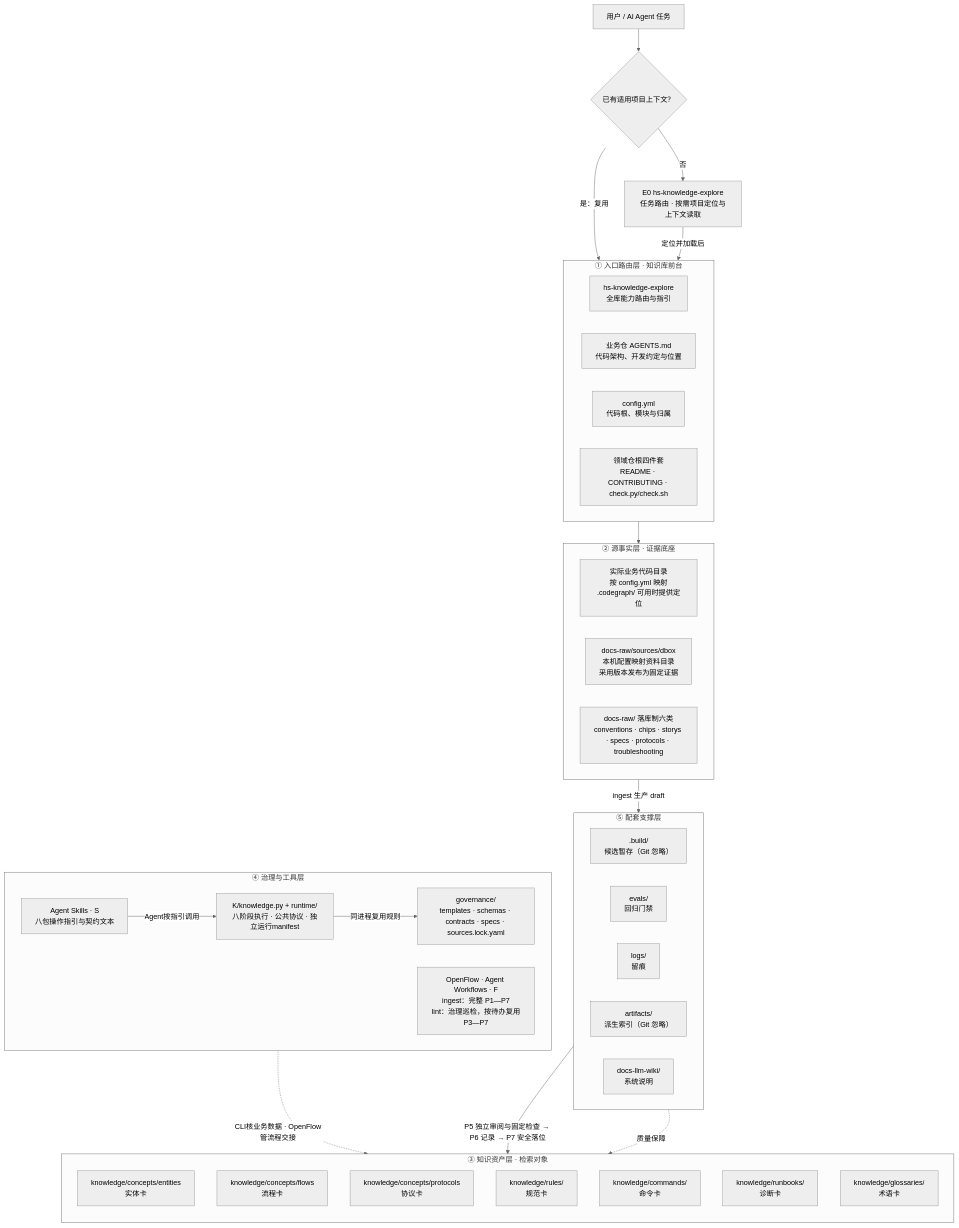
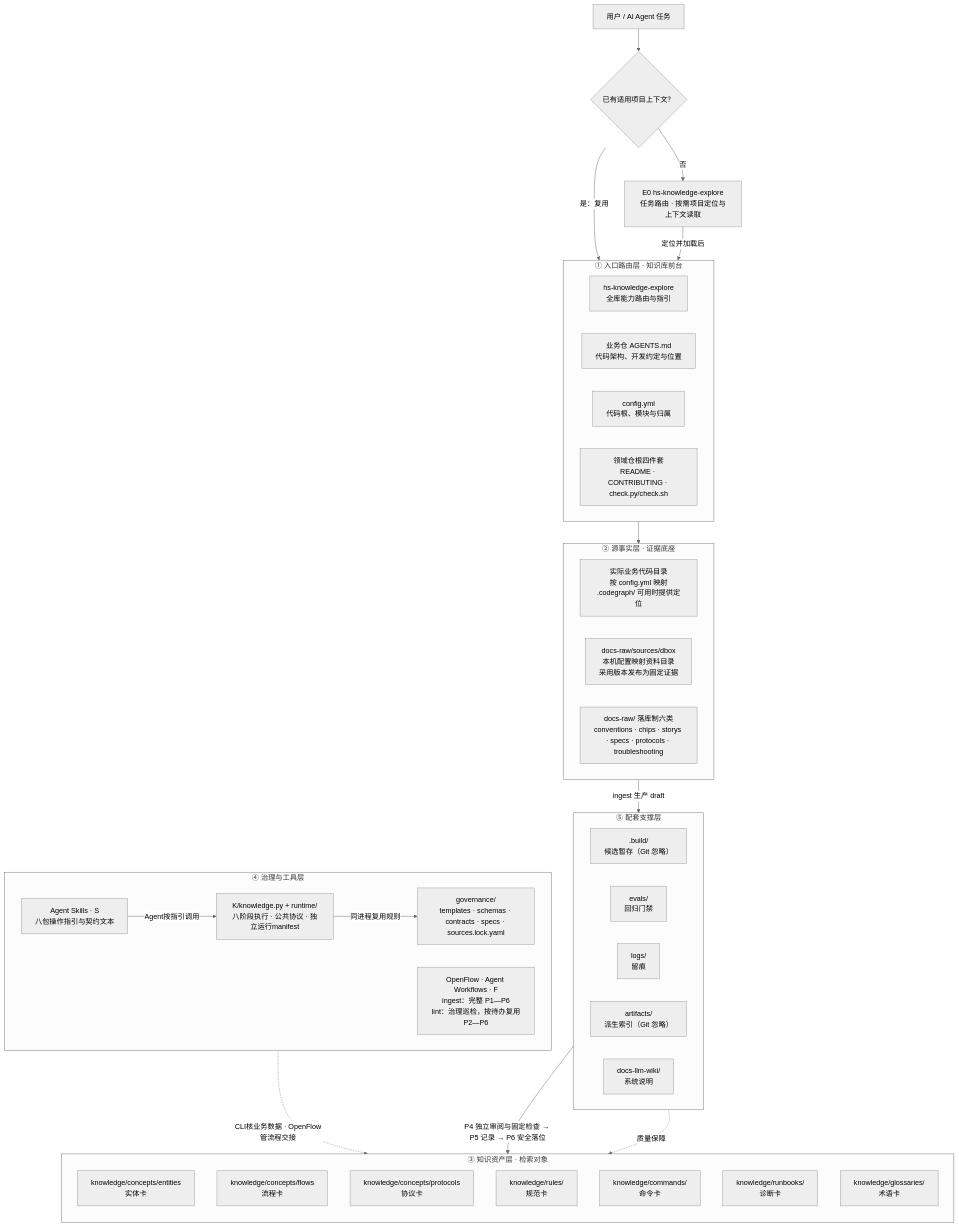
The second of 10 diagrams in himate/himate-knowledge-wifi-mp/docs-llm-wiki/HiMate知识库架构设计.md (Robin-hhc/FactumCore), drawn with Mermaid (neutral theme) before and after one commit. The commit also changed other lines of this file and 190 other files, not shown here.

````diff
--- a/himate/himate-knowledge-wifi-mp/docs-llm-wiki/HiMate知识库架构设计.md
+++ b/himate/himate-knowledge-wifi-mp/docs-llm-wiki/HiMate知识库架构设计.md
@@ -204,61 +211,61 @@
 ```mermaid
 flowchart TB
     U["用户 / AI Agent 任务"]
     C0{"已有适用项目上下文？"}
     E0["E0 hs-knowledge-explore<br />任务路由 · 按需项目定位与上下文读取"]
 
     subgraph S1["① 入口路由层 · 知识库前台"]
         direction LR
         A1["hs-knowledge-explore<br />全库能力路由与指引"]
         A2["业务仓 AGENTS.md<br />代码架构、开发约定与位置"]
         A3["config.yml<br />代码根、模块与归属"]
         A4["领域仓根四件套<br />README · CONTRIBUTING · check.py/check.sh"]
     end
 
     subgraph S2["② 源事实层 · 证据底座"]
         direction LR
         B1["实际业务代码目录<br />按 config.yml 映射<br />.codegraph/ 可用时提供定位"]
         B2["docs-raw/sources/dbox<br />本机配置映射资料目录<br />采用版本发布为固定证据"]
         B3["docs-raw/ 落库制六类<br />conventions · chips · storys · specs · protocols · troubleshooting"]
     end
 
     subgraph S3["③ 知识资产层 · 检索对象"]
         direction TB
         C1["knowledge/concepts/entities<br />实体卡"]
         C2["knowledge/concepts/flows<br />流程卡"]
         C3["knowledge/concepts/protocols<br />协议卡"]
         C4["knowledge/rules/<br />规范卡"]
         C5["knowledge/commands/<br />命令卡"]
         C6["knowledge/runbooks/<br />诊断卡"]
         C7["knowledge/glossaries/<br />术语卡"]
     end
 
     subgraph S4["④ 治理与工具层"]
         direction LR
         D1["governance/<br />templates · schemas · contracts · specs · sources.lock.yaml"]
         D2["Agent Skills · S<br />八包操作指引与契约文本"]
         D4["K/knowledge.py + runtime/<br />八阶段执行 · 公共协议 · 独立运行manifest"]
-        D3["OpenFlow · Agent Workflows · F<br />ingest：完整 P1—P7<br />lint：治理巡检，按待办复用P3—P7"]
+        D3["OpenFlow · Agent Workflows · F<br />ingest：完整 P1—P6<br />lint：治理巡检，按待办复用P2—P6"]
     end
 
     subgraph S5["⑤ 配套支撑层"]
         direction LR
         E1[".build/<br />候选暂存（Git 忽略）"]
         E2["evals/<br />回归门禁"]
         E3["logs/<br />留痕"]
         E4["artifacts/<br />派生索引（Git 忽略）"]
         E5["docs-llm-wiki/<br />系统说明"]
     end
 
     U --> C0
     C0 -->|"是：复用"| S1
     C0 -->|"否"| E0
     E0 -->|"定位并加载后"| S1
     S1 --> S2
     S2 -->|"ingest 生产 draft"| E1
-    E1 -->|"P5 独立审阅与固定检查 → P6 记录 → P7 安全落位"| S3
+    E1 -->|"P4 独立审阅与固定检查 → P5 记录 → P6 安全落位"| S3
     D2 -->|"Agent按指引调用"| D4
     D4 -->|"同进程复用规则"| D1
     S4 -.->|"CLI核业务数据 · OpenFlow管流程交接"| S3
     S5 -.->|"质量保障"| S3
 ```
````
